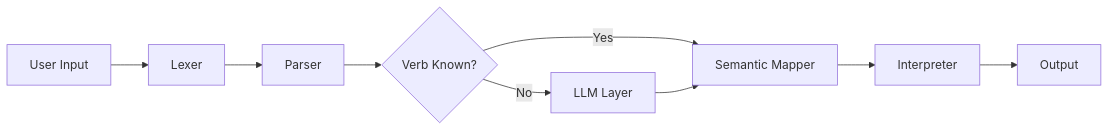
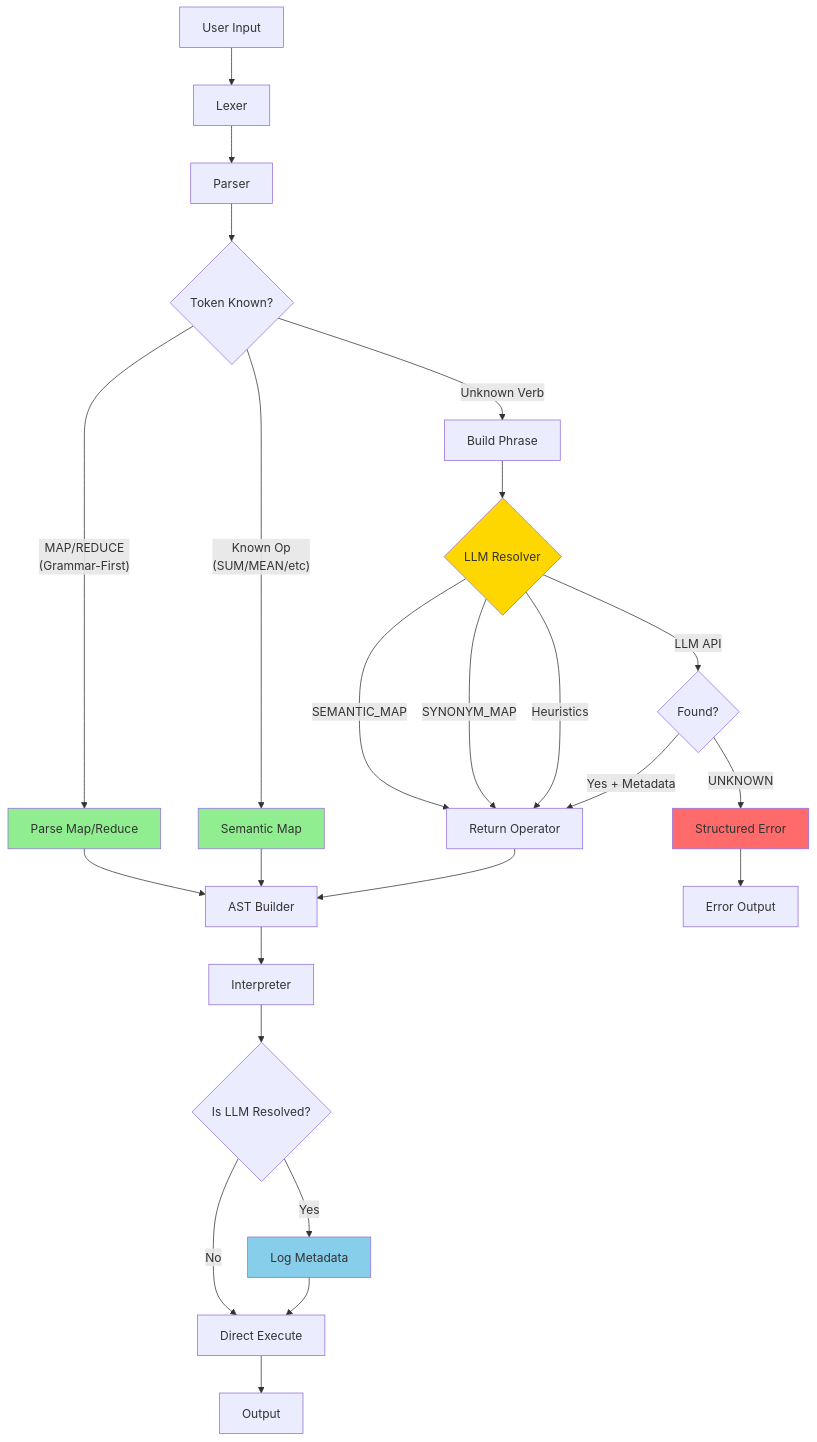
One commit to nijam001/SpeakMath changed the diagram in README.md. Above: the diagram before and after it, drawn with Mermaid. The commit also changed other lines of this file and 6 other files, not shown here.

First line of the commit message:
Implement LLM Fallback System and Enhance AST Structure

````diff
--- a/README.md
+++ b/README.md
@@ -48,11 +52,37 @@
 ```mermaid
-graph LR
+graph TB
     A[User Input] --> B[Lexer]
     B --> C[Parser]
-    C --> D{Verb Known?}
-    D -- Yes --> E[Semantic Mapper]
-    D -- No --> F[LLM Layer]
-    F --> E
-    E --> G[Interpreter]
-    G --> H[Output]
+    C --> D{Token Known?}
+    D -- "MAP/REDUCE<br/>(Grammar-First)" --> E[Parse Map/Reduce]
+    D -- "Known Op<br/>(SUM/MEAN/etc)" --> F[Semantic Map]
+    D -- "Unknown Verb" --> G[Build Phrase]
+
+    E --> H[AST Builder]
+    F --> H
+    G --> I{LLM Resolver}
+
+    I -- "SEMANTIC_MAP" --> J[Return Operator]
+    I -- "SYNONYM_MAP" --> J
+    I -- "Heuristics" --> J
+    I -- "LLM API" --> K{Found?}
+
+    K -- "Yes + Metadata" --> J
+    K -- "UNKNOWN" --> L[Structured Error]
+
+    J --> H
+    L --> M[Error Output]
+
+    H --> N[Interpreter]
+    N --> O{Is LLM Resolved?}
+    O -- "Yes" --> P[Log Metadata]
+    O -- "No" --> Q[Direct Execute]
+    P --> Q
+    Q --> R[Output]
+
+    style E fill:#90EE90
+    style F fill:#90EE90
+    style I fill:#FFD700
+    style L fill:#FF6B6B
+    style P fill:#87CEEB
 ```
````
